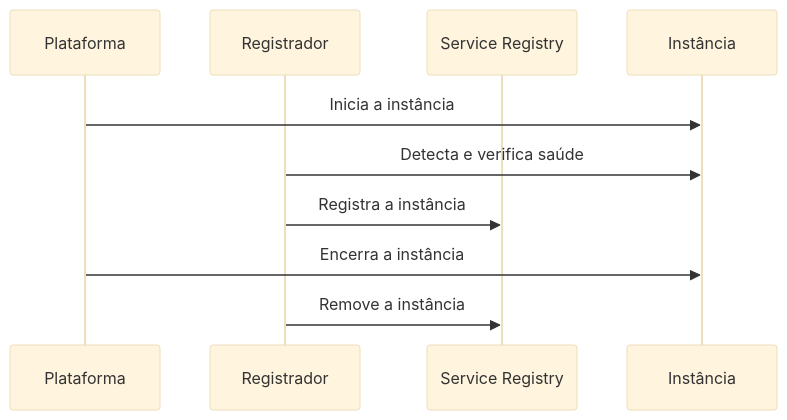
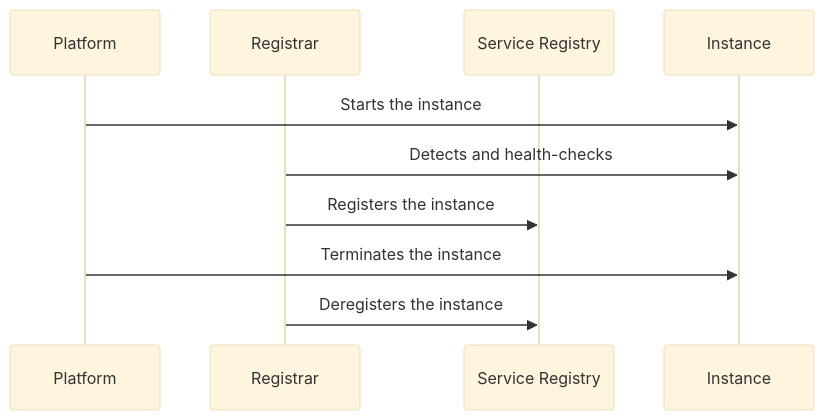
Before and after one commit to alancesar/design-patterns: the diagram in docs/architecture/microservices/service-discovery/3rd-party-registration.md, drawn with Mermaid (base theme). The commit also changed 258 other files, not shown here.

First line of the commit message:
Translate Mermaid diagrams to English

````diff
--- a/docs/architecture/microservices/service-discovery/3rd-party-registration.md
+++ b/docs/architecture/microservices/service-discovery/3rd-party-registration.md
@@ -48,12 +48,12 @@
 ```mermaid
 sequenceDiagram
-    participant P as Plataforma
-    participant G as Registrador
+    participant P as Platform
+    participant G as Registrar
     participant R as Service Registry
-    participant I as Instância
-    P->>I: Inicia a instância
-    G->>I: Detecta e verifica saúde
-    G->>R: Registra a instância
-    P->>I: Encerra a instância
-    G->>R: Remove a instância
+    participant I as Instance
+    P->>I: Starts the instance
+    G->>I: Detects and health-checks
+    G->>R: Registers the instance
+    P->>I: Terminates the instance
+    G->>R: Deregisters the instance
 ```
````
